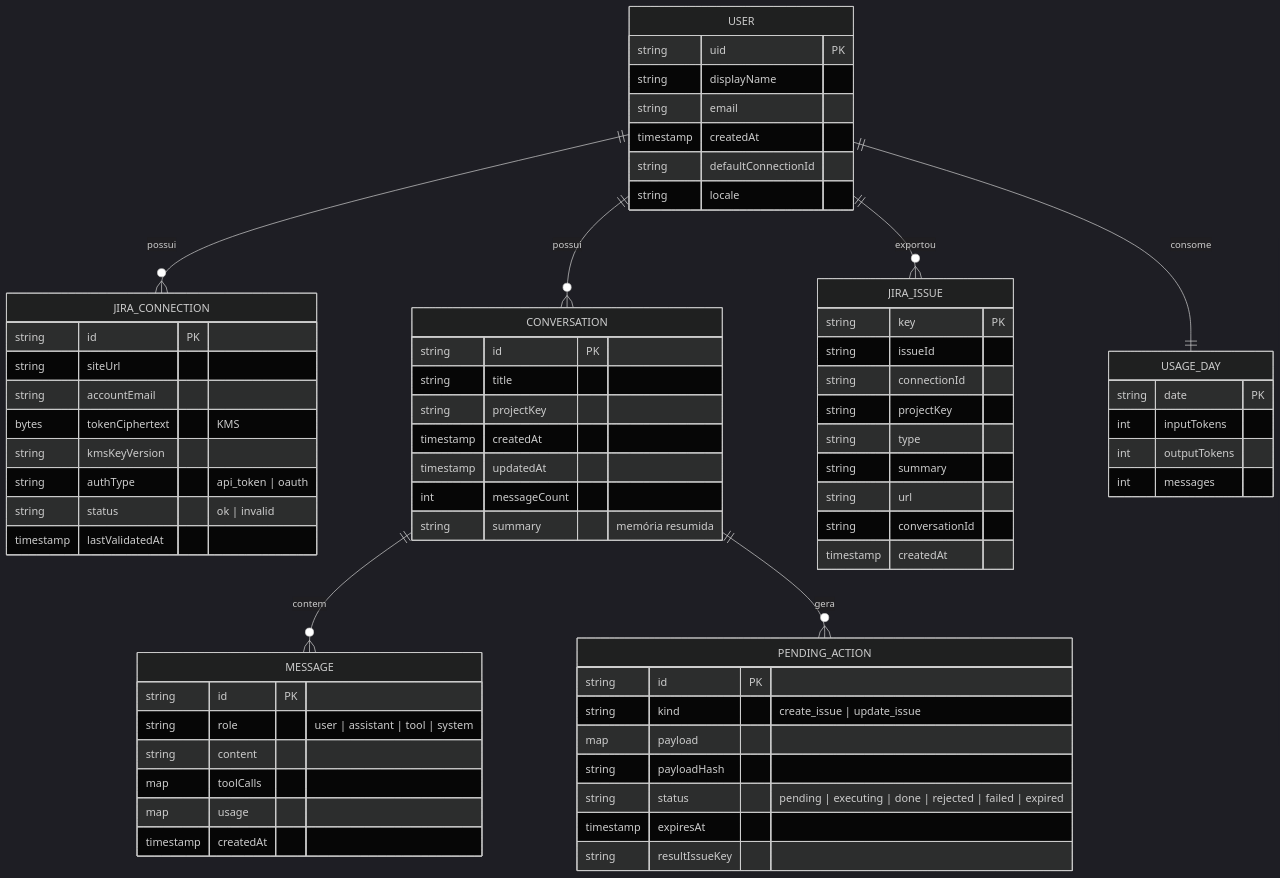
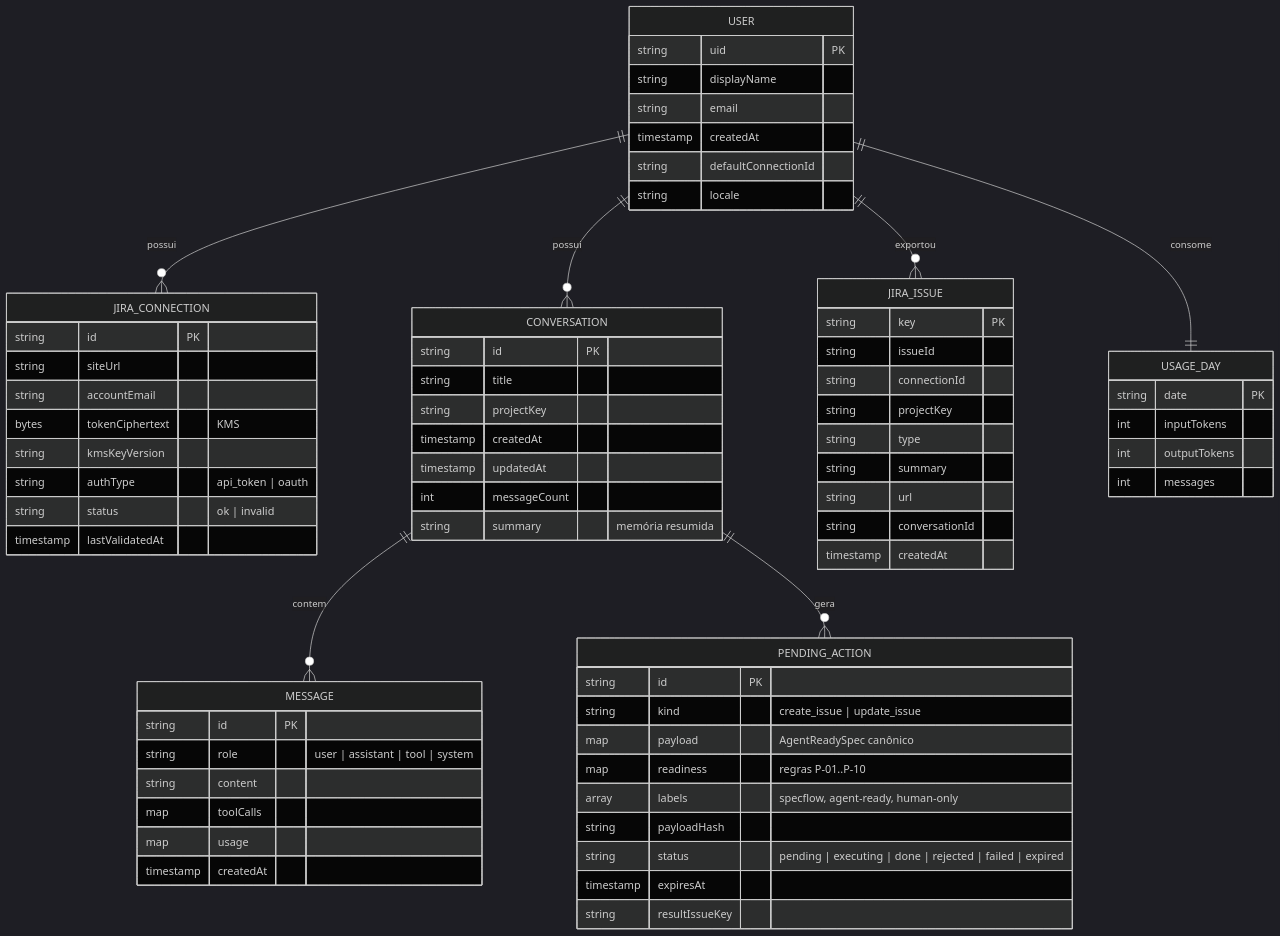
The fifth of 5 diagrams in docs/modernizacao/03-arquitetura.md (micaelleos/FunctionalAgent), drawn with Mermaid (dark theme) before and after one commit. The commit also changed other lines of this file and 22 other files, not shown here.

````diff
--- a/docs/modernizacao/03-arquitetura.md
+++ b/docs/modernizacao/03-arquitetura.md
@@ -171,71 +194,73 @@
 ```mermaid
 erDiagram
     USER ||--o{ JIRA_CONNECTION : possui
     USER ||--o{ CONVERSATION : possui
     CONVERSATION ||--o{ MESSAGE : contem
     CONVERSATION ||--o{ PENDING_ACTION : gera
     USER ||--o{ JIRA_ISSUE : exportou
     USER ||--|| USAGE_DAY : consome
 
     USER {
         string uid PK
         string displayName
         string email
         timestamp createdAt
         string defaultConnectionId
         string locale
     }
     JIRA_CONNECTION {
         string id PK
         string siteUrl
         string accountEmail
         bytes tokenCiphertext "KMS"
         string kmsKeyVersion
         string authType "api_token | oauth"
         string status "ok | invalid"
         timestamp lastValidatedAt
     }
     CONVERSATION {
         string id PK
         string title
         string projectKey
         timestamp createdAt
         timestamp updatedAt
         int messageCount
         string summary "memória resumida"
     }
     MESSAGE {
         string id PK
         string role "user | assistant | tool | system"
         string content
         map toolCalls
         map usage
         timestamp createdAt
     }
     PENDING_ACTION {
         string id PK
         string kind "create_issue | update_issue"
-        map payload
+        map payload "AgentReadySpec canônico"
+        map readiness "regras P-01..P-10"
+        array labels "specflow, agent-ready, human-only"
         string payloadHash
         string status "pending | executing | done | rejected | failed | expired"
         timestamp expiresAt
         string resultIssueKey
     }
     JIRA_ISSUE {
         string key PK
         string issueId
         string connectionId
         string projectKey
         string type
         string summary
         string url
         string conversationId
         timestamp createdAt
     }
     USAGE_DAY {
         string date PK
         int inputTokens
         int outputTokens
         int messages
     }
 ```
````
